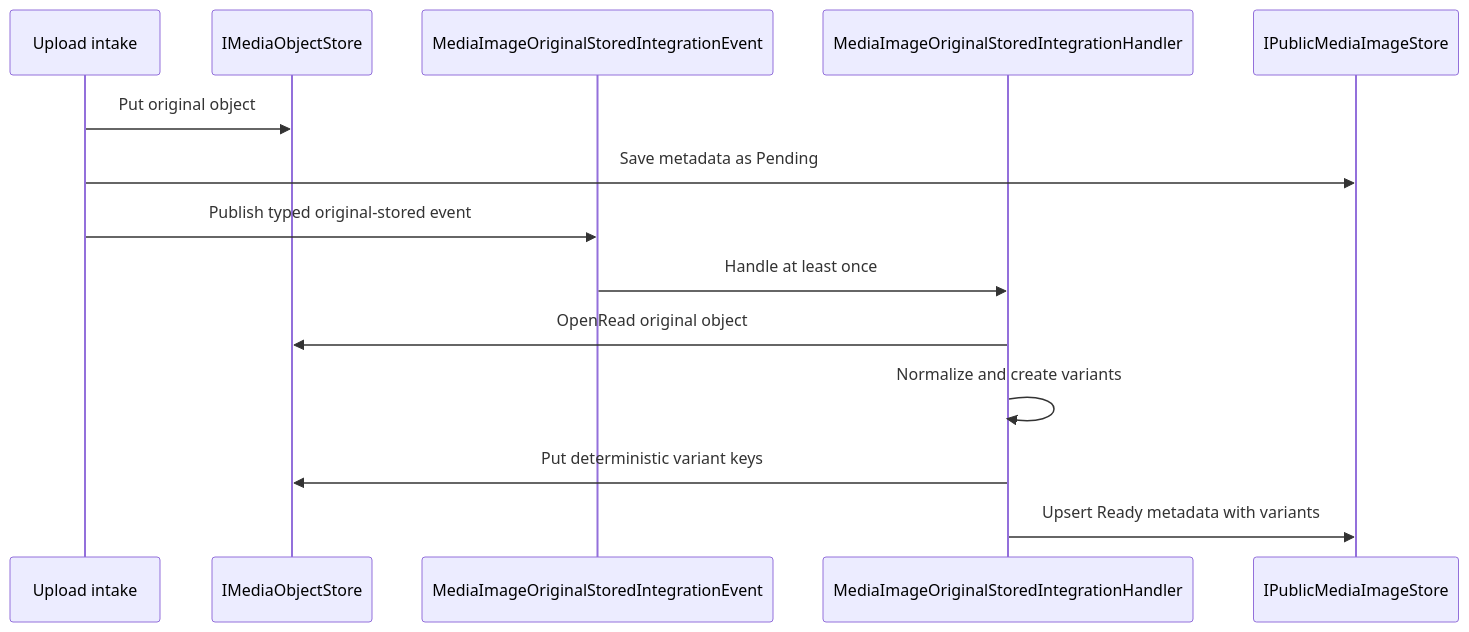
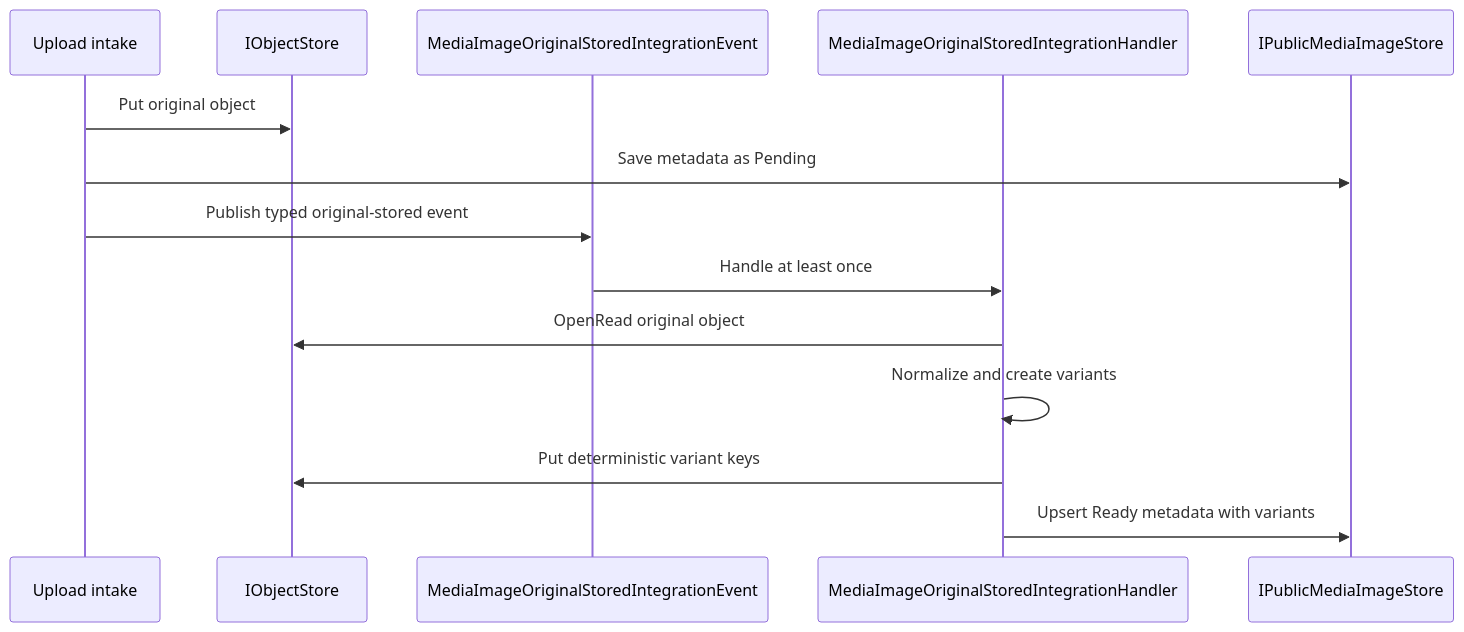
Before and after one commit to danigutsch/ViajantesTurismo: the first of 2 diagrams in docs/media-image-processing.md, drawn with Mermaid. The commit also changed 111 other files, not shown here.

````diff
--- a/docs/media-image-processing.md
+++ b/docs/media-image-processing.md
@@ -7,17 +7,17 @@
 ```mermaid
 sequenceDiagram
     participant Upload as Upload intake
-    participant Store as IMediaObjectStore
+    participant Store as IObjectStore
     participant Event as MediaImageOriginalStoredIntegrationEvent
     participant Handler as MediaImageOriginalStoredIntegrationHandler
     participant Images as IPublicMediaImageStore
 
     Upload->>Store: Put original object
     Upload->>Images: Save metadata as Pending
     Upload->>Event: Publish typed original-stored event
     Event->>Handler: Handle at least once
     Handler->>Store: OpenRead original object
     Handler->>Handler: Normalize and create variants
     Handler->>Store: Put deterministic variant keys
     Handler->>Images: Upsert Ready metadata with variants
 ```
````
